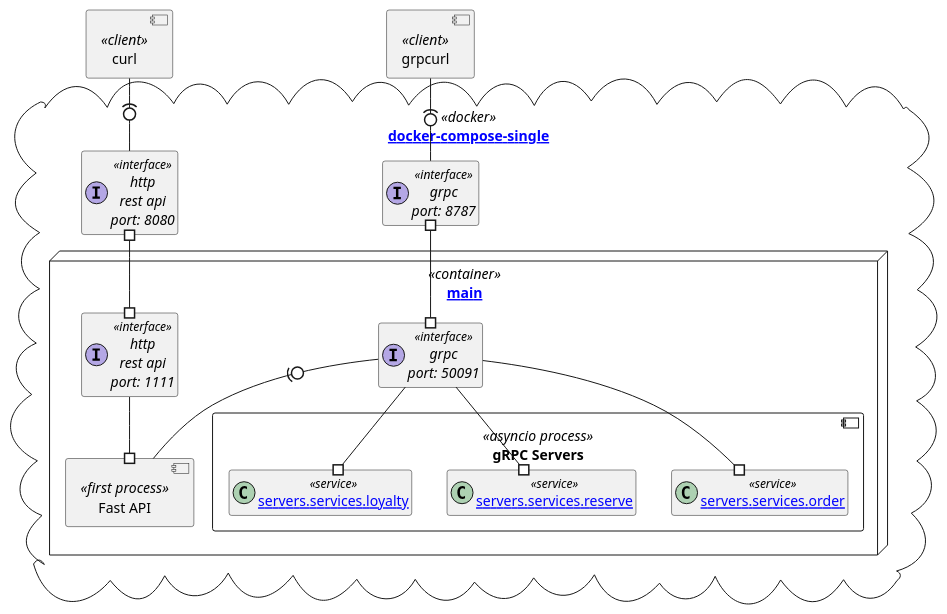
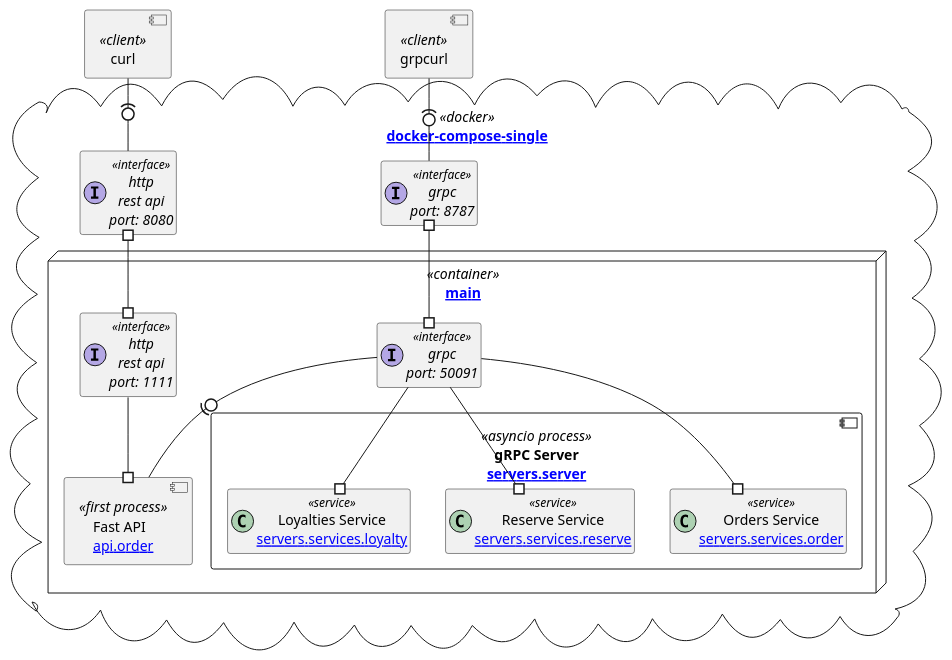
Before and after one commit to arootcom/grpc-fastapi: the diagram in adr/day1/deploy-singl.puml, drawn with PlantUML.

Commit message:
~ day1 singl

```diff
--- a/adr/day1/deploy-singl.puml
+++ b/adr/day1/deploy-singl.puml
@@ -1,50 +1,50 @@
 @startuml
 
 '!theme plain
 'skinparam {
 '  shadowing false
 '  nodesep 50
 '  ranksep 100
 '  linetype ortho
 '}
 
 hide empty members
 allowmixing
 
 component curl <<client>> {
 }
 
 component grpcurl <<client>> {
 }
 
 cloud docker as "[[https://github.com/arootcom/grpc-fastapi/blob/day1/docker-compose-singl.yaml docker-compose-single]]" <<docker>> {
     interface local_http as "http\nrest api\nport: 8080" <<interface>>
     curl -(0- local_http
 
     interface local_grpc as "grpc\nport: 8787" <<interface>>
     grpcurl -(0- local_grpc
 
     node main as "[[https://github.com/arootcom/grpc-fastapi/blob/day1/app/main.py main]]" <<container>> {
         interface http as "http\nrest api\nport: 1111" <<interface>>
         local_http #--# http
 
         interface grpc as "grpc\nport: 50091" <<interface>>
         local_grpc #--# grpc 
 
-        component api as "Fast API" <<first process>> {
+        component api as "Fast API\n[[https://github.com/arootcom/grpc-fastapi/blob/day1/app/api/order.py api.order]]" <<first process>> {
         }
         http --# api
 
-        component server as "gRPC Servers" <<asyncio process>> {
-            class orders as "[[https://github.com/arootcom/grpc-fastapi/blob/day1/app/servers/services/order.py servers.services.order]]" <<service>>
-            class reserve as "[[https://github.com/arootcom/grpc-fastapi/blob/day1/app/servers/services/reserve.py servers.services.reserve]]" <<service>>
-            class loyalty as "[[https://github.com/arootcom/grpc-fastapi/blob/day1/app/servers/services/loyalty.py servers.services.loyalty]]" <<service>>
+        component server as "gRPC Server\n[[https://github.com/arootcom/grpc-fastapi/blob/day1/app/servers/server.py servers.server]]" <<asyncio process>> {
+        class orders as "Orders Service\n[[https://github.com/arootcom/grpc-fastapi/blob/day1/app/servers/services/order.py servers.services.order]]" <<service>>
+        class reserve as "Reserve Service\n[[https://github.com/arootcom/grpc-fastapi/blob/day1/app/servers/services/reserve.py servers.services.reserve]]" <<service>>
+            class loyalty as "Loyalties Service\n[[https://github.com/arootcom/grpc-fastapi/blob/day1/app/servers/services/loyalty.py servers.services.loyalty]]" <<service>>
         }
         grpc --# orders
         grpc --# reserve
         grpc --# loyalty
         grpc -0)- api
     }
 }
 
 @enduml
```
